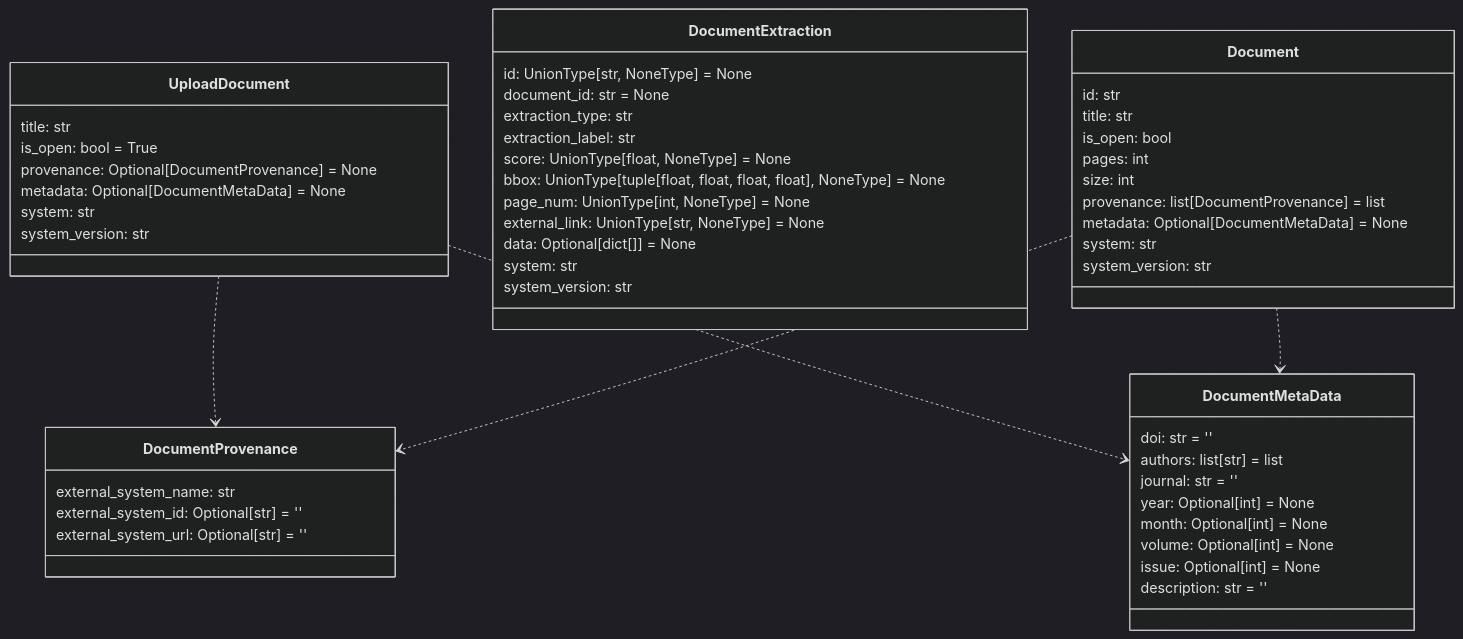
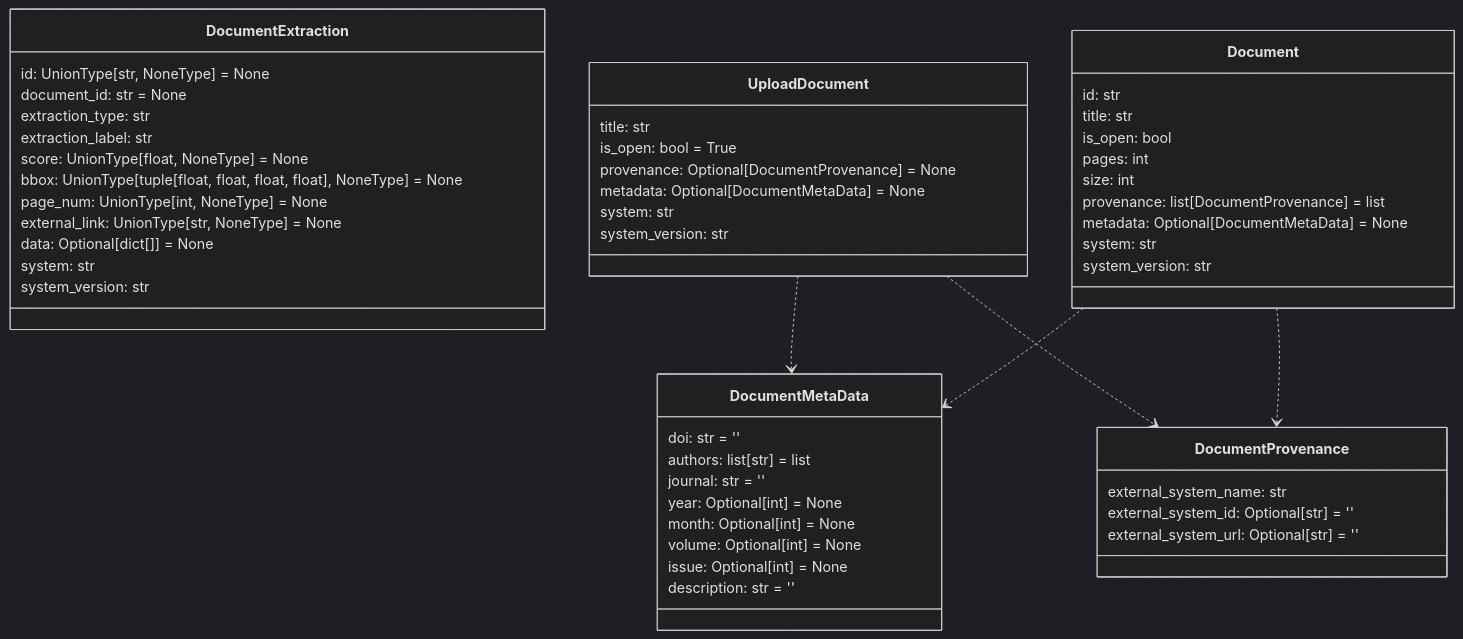
One commit to DARPA-CRITICALMAAS/cdr_schemas changed the ninth of 12 diagrams in README.md. Above: the diagram before and after it, drawn with Mermaid (dark theme). The commit also changed other lines of this file and 1 other file, not shown here.

````diff
--- a/README.md
+++ b/README.md
@@ -578,62 +588,62 @@
 ```mermaid
 classDiagram
+
+    class DocumentExtraction {
+        id: UnionType[str, NoneType] = None
+        document_id: str = None
+        extraction_type: str
+        extraction_label: str
+        score: UnionType[float, NoneType] = None
+        bbox: UnionType[tuple[float, float, float, float], NoneType] = None
+        page_num: UnionType[int, NoneType] = None
+        external_link: UnionType[str, NoneType] = None
+        data: Optional[dict[]] = None
+        system: str
+        system_version: str
+    }
 
     class DocumentProvenance {
         external_system_name: str
         external_system_id: Optional[str] = ''
         external_system_url: Optional[str] = ''
     }
 
     class UploadDocument {
         title: str
         is_open: bool = True
         provenance: Optional[DocumentProvenance] = None
         metadata: Optional[DocumentMetaData] = None
-        system: str
-        system_version: str
-    }
-
-    class DocumentExtraction {
-        id: UnionType[str, NoneType] = None
-        document_id: str = None
-        extraction_type: str
-        extraction_label: str
-        score: UnionType[float, NoneType] = None
-        bbox: UnionType[tuple[float, float, float, float], NoneType] = None
-        page_num: UnionType[int, NoneType] = None
-        external_link: UnionType[str, NoneType] = None
-        data: Optional[dict[]] = None
         system: str
         system_version: str
     }
 
     class DocumentMetaData {
         doi: str = ''
         authors: list[str] = list
         journal: str = ''
         year: Optional[int] = None
         month: Optional[int] = None
         volume: Optional[int] = None
         issue: Optional[int] = None
         description: str = ''
     }
 
     class Document {
         id: str
         title: str
         is_open: bool
         pages: int
         size: int
         provenance: list[DocumentProvenance] = list
         metadata: Optional[DocumentMetaData] = None
         system: str
         system_version: str
     }
 
+    UploadDocument ..> DocumentMetaData
     UploadDocument ..> DocumentProvenance
-    UploadDocument ..> DocumentMetaData
+    Document ..> DocumentMetaData
     Document ..> DocumentProvenance
-    Document ..> DocumentMetaData
 
 
 ```
````
